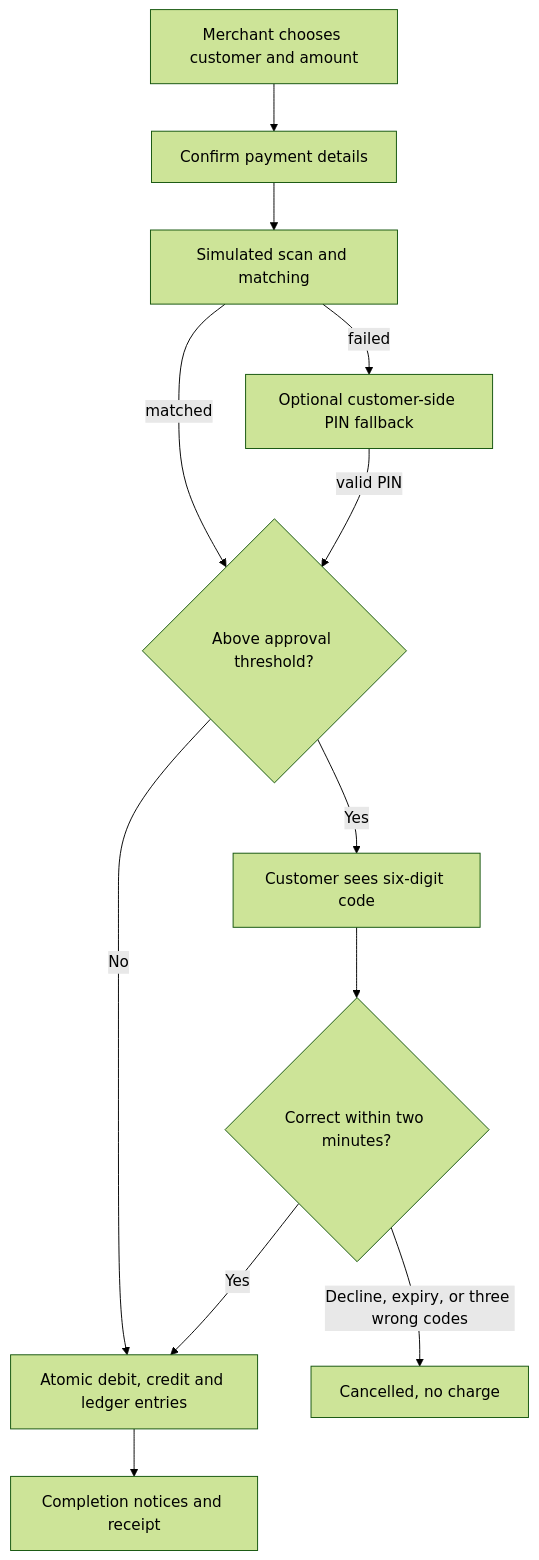
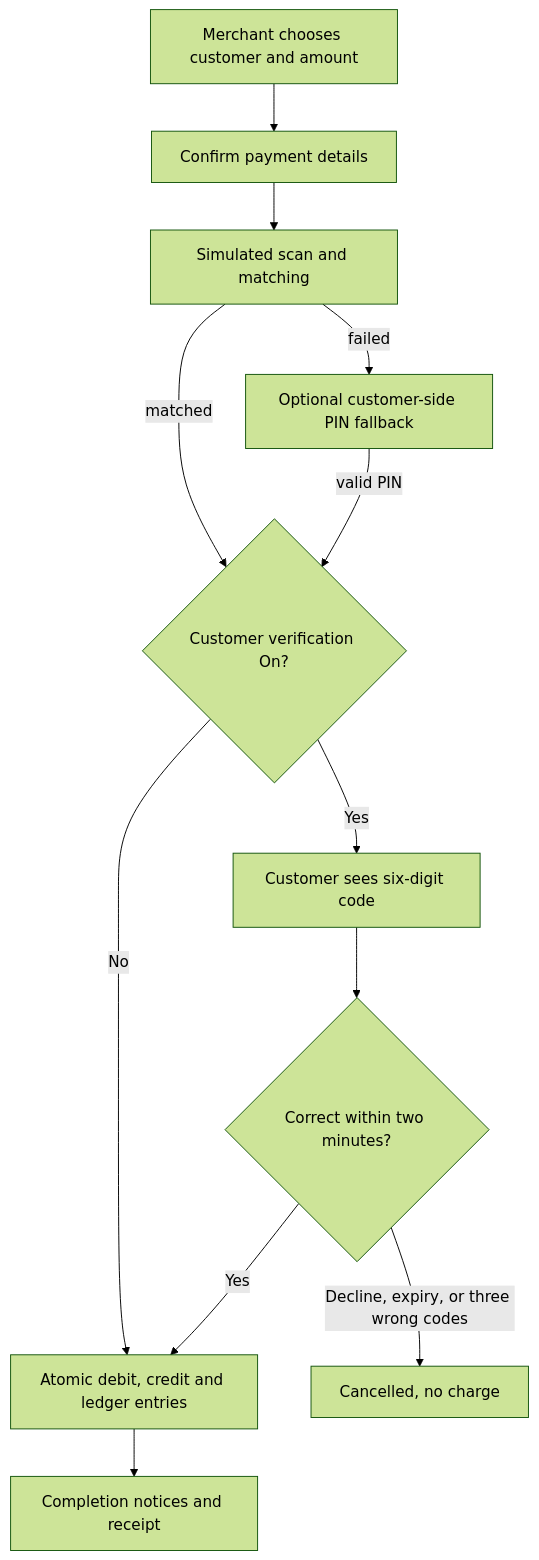
Before and after one commit to altasin30-bot/palmpay: the second of 2 diagrams in README.md, drawn with Mermaid (forest theme). The commit also changed other lines of this file and 25 other files, not shown here.

````diff
--- a/README.md
+++ b/README.md
@@ -74,14 +101,14 @@
 ```mermaid
 flowchart TD
   A[Merchant chooses customer and amount] --> B[Confirm payment details]
   B --> C[Simulated scan and matching]
   C -->|failed| D[Optional customer-side PIN fallback]
-  C -->|matched| E{Above approval threshold?}
+  C -->|matched| E{Customer verification On?}
   D -->|valid PIN| E
   E -->|No| F[Atomic debit, credit and ledger entries]
   E -->|Yes| G[Customer sees six-digit code]
   G --> H{Correct within two minutes?}
   H -->|Yes| F
   H -->|Decline, expiry, or three wrong codes| I[Cancelled, no charge]
   F --> J[Completion notices and receipt]
 ```
````
